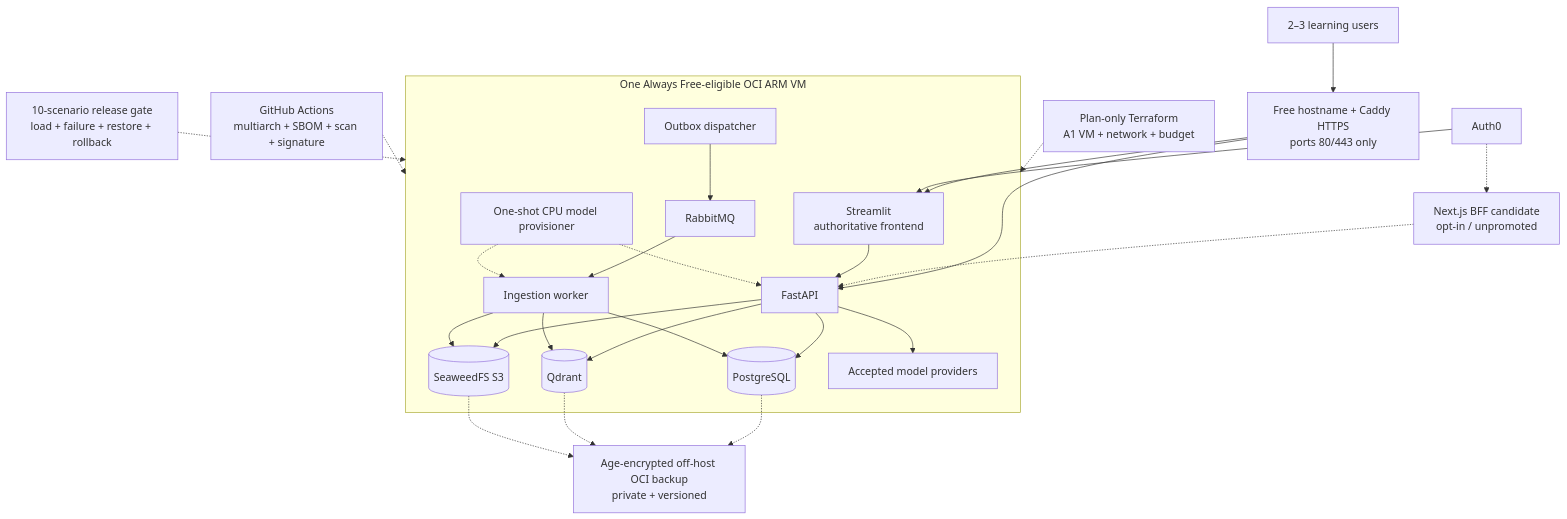
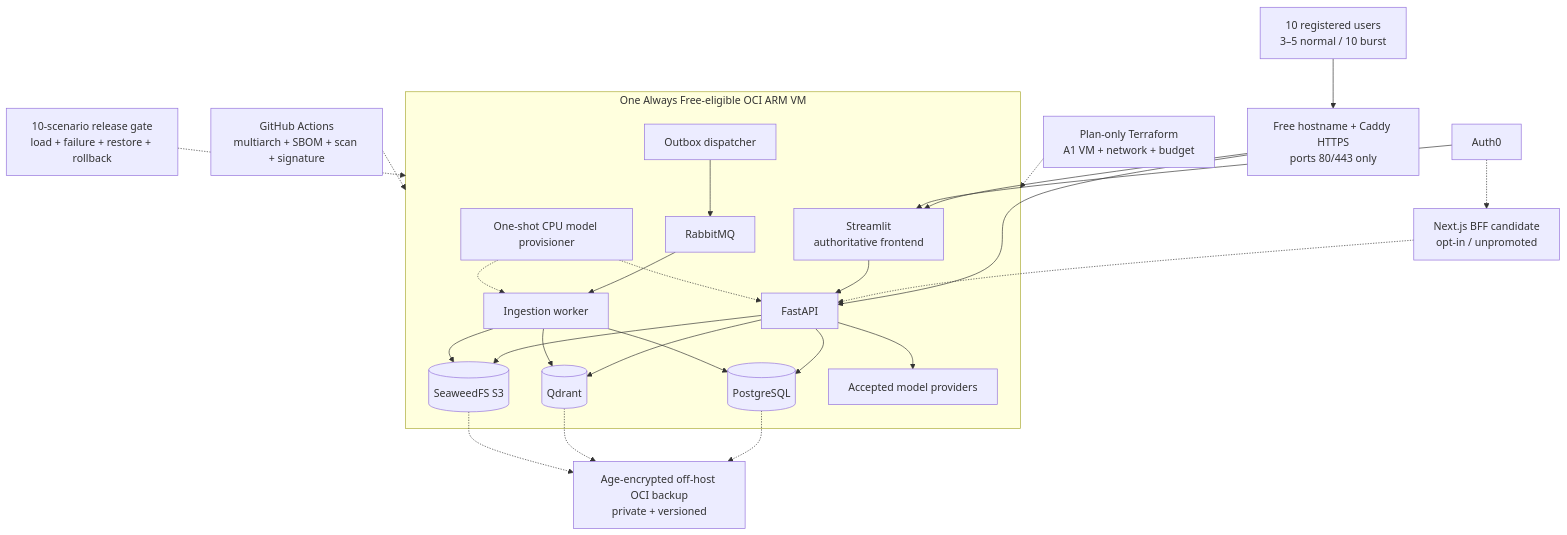
Before and after one commit to mvyas412/ai-projects: the tenth of 11 diagrams in mm-rag-full-stack-genai-bootcamp-3.0/docs/architecture/ARCHITECTURE.md, drawn with Mermaid. The commit also changed other lines of this file and 9 other files, not shown here.

````diff
--- a/mm-rag-full-stack-genai-bootcamp-3.0/docs/architecture/ARCHITECTURE.md
+++ b/mm-rag-full-stack-genai-bootcamp-3.0/docs/architecture/ARCHITECTURE.md
@@ -714,29 +714,29 @@
 ```mermaid
 flowchart TB
-    user["2–3 learning users"] --> edge["Free hostname + Caddy HTTPS<br/>ports 80/443 only"]
+    user["10 registered users<br/>3–5 normal / 10 burst"] --> edge["Free hostname + Caddy HTTPS<br/>ports 80/443 only"]
     edge --> ui["Streamlit<br/>authoritative frontend"]
     edge --> api["FastAPI"]
     auth["Auth0"] --> ui
     candidate["Next.js BFF candidate<br/>opt-in / unpromoted"] -.-> api
     auth -.-> candidate
     subgraph vm["One Always Free-eligible OCI ARM VM"]
         ui --> api
         api --> pg[("PostgreSQL")]
         api --> qd[("Qdrant")]
         api --> objects[("SeaweedFS S3")]
         api --> models["Accepted model providers"]
         dispatcher["Outbox dispatcher"] --> queue["RabbitMQ"]
         queue --> worker["Ingestion worker"]
         worker --> pg
         worker --> qd
         worker --> objects
         provision["One-shot CPU model provisioner"] -.-> api
         provision -.-> worker
     end
     terraform["Plan-only Terraform<br/>A1 VM + network + budget"] -.-> vm
     delivery["GitHub Actions<br/>multiarch + SBOM + scan + signature"] -.-> vm
     pg -.-> backup["Age-encrypted off-host OCI backup<br/>private + versioned"]
     qd -.-> backup
     objects -.-> backup
     evidence["10-scenario release gate<br/>load + failure + restore + rollback"] -.-> vm
 ```
````
